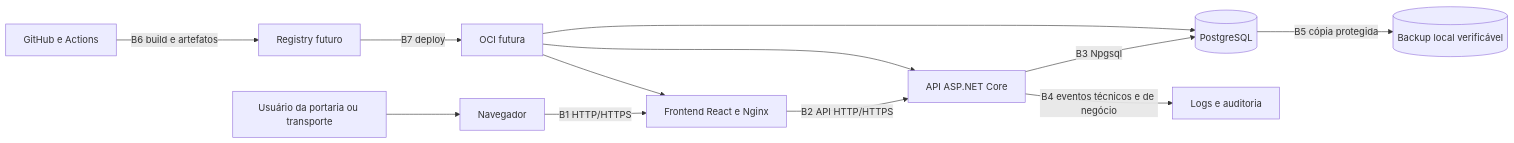
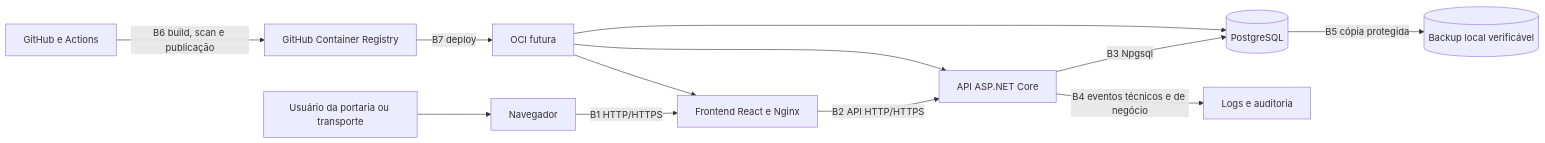
Before and after one commit to ifpebj-ti/controle-acesso-veiculos: the diagram in docs/security/threat-model.md, drawn with Mermaid. The commit also changed other lines of this file and 2 other files, not shown here.

````diff
--- a/docs/security/threat-model.md
+++ b/docs/security/threat-model.md
@@ -94,25 +94,25 @@
 ```mermaid
 flowchart LR
     User[Usuário da portaria ou transporte]
     Browser[Navegador]
     Frontend[Frontend React e Nginx]
     Api[API ASP.NET Core]
     Db[(PostgreSQL)]
     Logs[Logs e auditoria]
     Backup[(Backup local verificável)]
     GitHub[GitHub e Actions]
-    Registry[Registry futuro]
+    Registry[GitHub Container Registry]
     Oci[OCI futura]
 
     User --> Browser
     Browser -->|B1 HTTP/HTTPS| Frontend
     Frontend -->|B2 API HTTP/HTTPS| Api
     Api -->|B3 Npgsql| Db
     Api -->|B4 eventos técnicos e de negócio| Logs
     Db -->|B5 cópia protegida| Backup
-    GitHub -->|B6 build e artefatos| Registry
+    GitHub -->|B6 build, scan e publicação| Registry
     Registry -->|B7 deploy| Oci
     Oci --> Frontend
     Oci --> Api
     Oci --> Db
 ```
````
